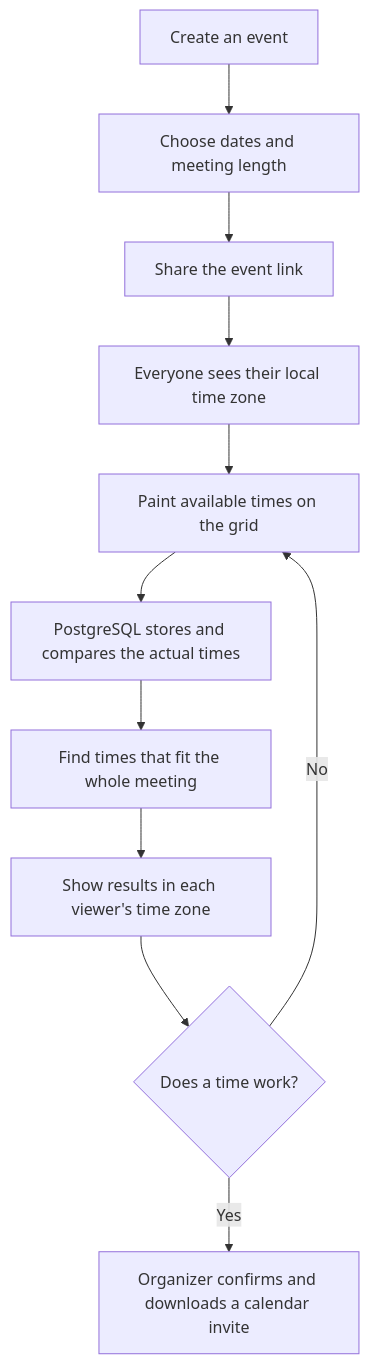
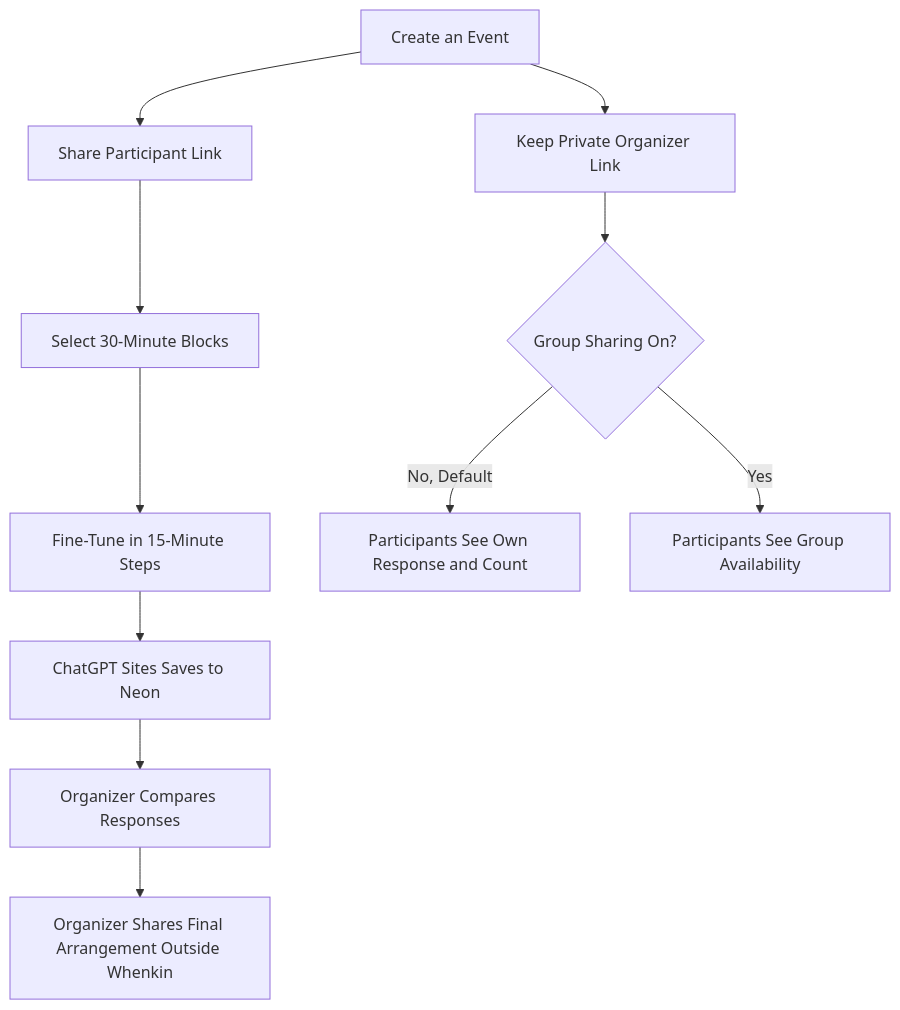
The diagram in README.md (jimmy181211/whenkin), drawn with Mermaid before and after one commit. The commit also changed other lines of this file and 18 other files, not shown here.

````diff
--- a/README.md
+++ b/README.md
@@ -28,13 +28,13 @@
 ```mermaid
 flowchart TD
-    A[Create an event] --> B[Choose dates and meeting length]
-    B --> C[Share the event link]
-    C --> D[Everyone sees their local time zone]
-    D --> E[Paint available times on the grid]
-    E --> F[PostgreSQL stores and compares the actual times]
-    F --> G[Find times that fit the whole meeting]
-    G --> H[Show results in each viewer's time zone]
-    H --> I{Does a time work?}
-    I -->|Yes| J[Organizer confirms and downloads a calendar invite]
-    I -->|No| E
+    A[Create an Event] --> B[Keep Private Organizer Link]
+    A --> C[Share Participant Link]
+    C --> D[Select 30-Minute Blocks]
+    D --> E[Fine-Tune in 15-Minute Steps]
+    E --> F[ChatGPT Sites Saves to Neon]
+    F --> G[Organizer Compares Responses]
+    G --> H[Organizer Shares Final Arrangement Outside Whenkin]
+    B --> I{Group Sharing On?}
+    I -->|No, Default| J[Participants See Own Response and Count]
+    I -->|Yes| K[Participants See Group Availability]
 ```
````
